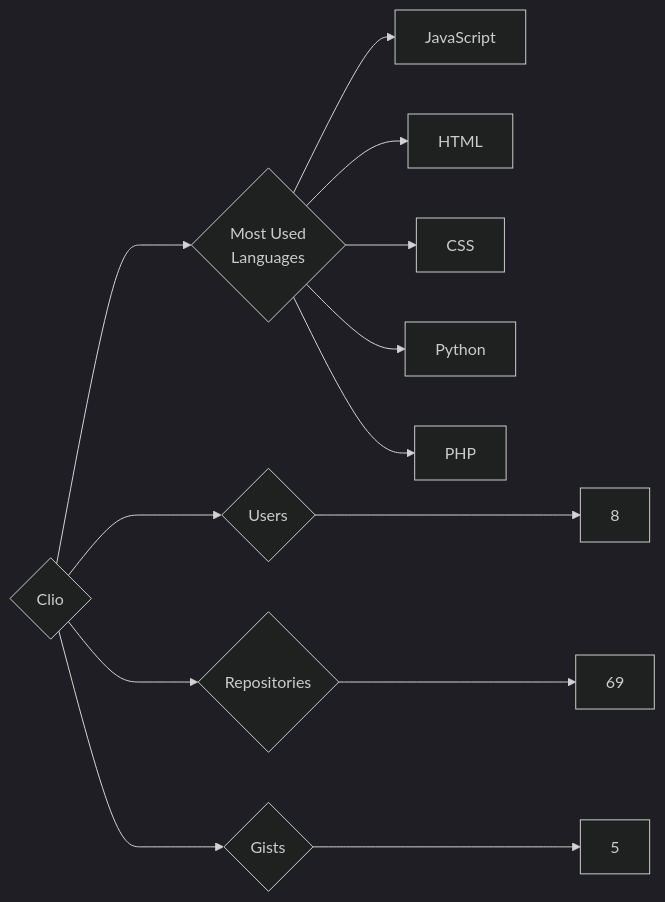
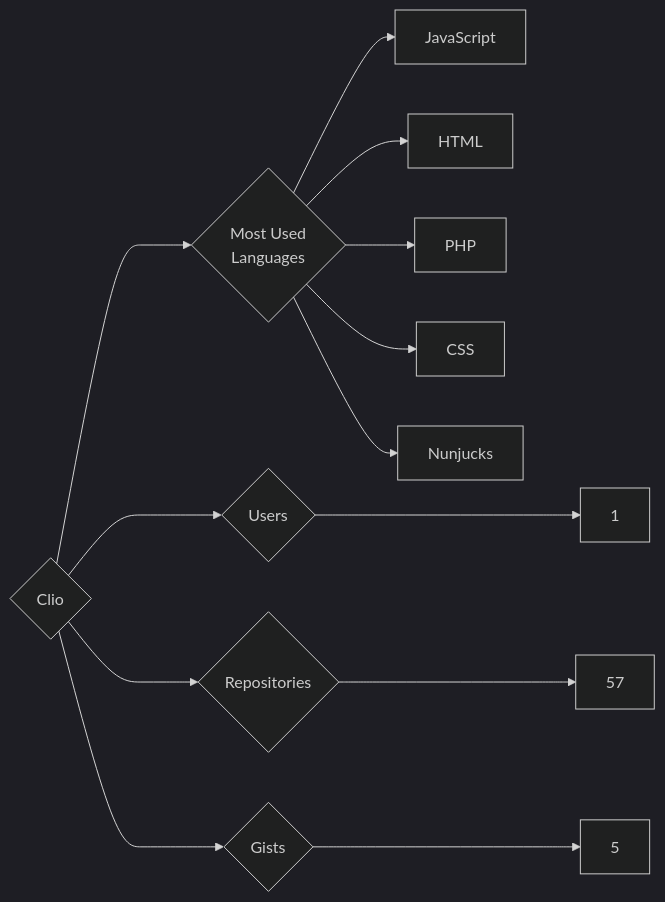
The diagram in targets/Clio/README.md (trickest/insiders), drawn with Mermaid (dark theme) before and after one commit. The commit also changed 880 other files, not shown here.

````diff
--- a/targets/Clio/README.md
+++ b/targets/Clio/README.md
@@ -3,13 +3,13 @@
 ```mermaid
 graph LR
 COMPANY_NAME{Clio}
-COMPANY_NAME ---> U{Users} ---> UN[8]
-COMPANY_NAME ---> R{Repositories} ---> RN[69]
+COMPANY_NAME ---> U{Users} ---> UN[1]
+COMPANY_NAME ---> R{Repositories} ---> RN[57]
 COMPANY_NAME ---> G{Gists} ---> GN[5]
 COMPANY_NAME ---> ML{Most Used<br>Languages}
 ML --> JavaScript[JavaScript]
 ML --> HTML[HTML]
+ML --> PHP[PHP]
 ML --> CSS[CSS]
-ML --> Python[Python]
-ML --> PHP[PHP]
+ML --> Nunjucks[Nunjucks]
 ```
````
